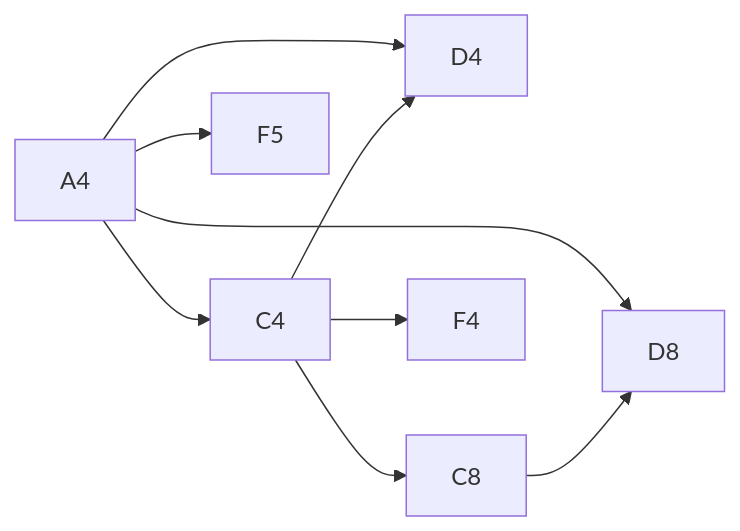
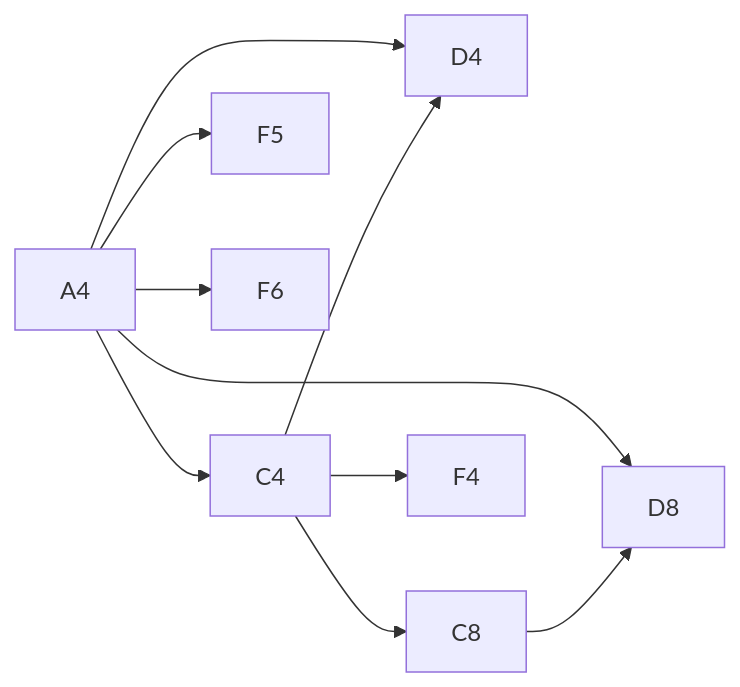
Before and after one commit to ryofuu/my-excel-app: the diagram in docs/learning/05-guided-code-walkthrough.md, drawn with Mermaid. The commit also changed other lines of this file and 37 other files, not shown here.

````diff
--- a/docs/learning/05-guided-code-walkthrough.md
+++ b/docs/learning/05-guided-code-walkthrough.md
@@ -64,11 +64,12 @@
 ```mermaid
 flowchart LR
   A4 --> C4
   A4 --> D4
   A4 --> D8
   A4 --> F5
+  A4 --> F6
   C4 --> D4
   C4 --> C8
   C4 --> F4
   C8 --> D8
 ```
````
